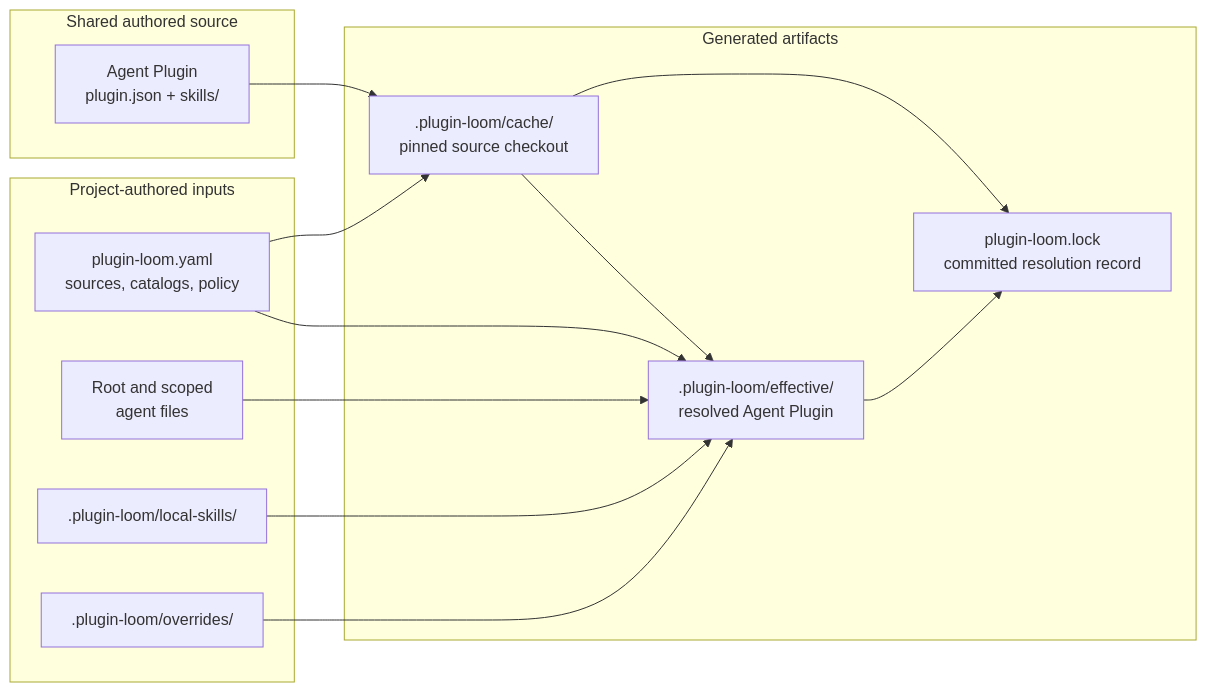
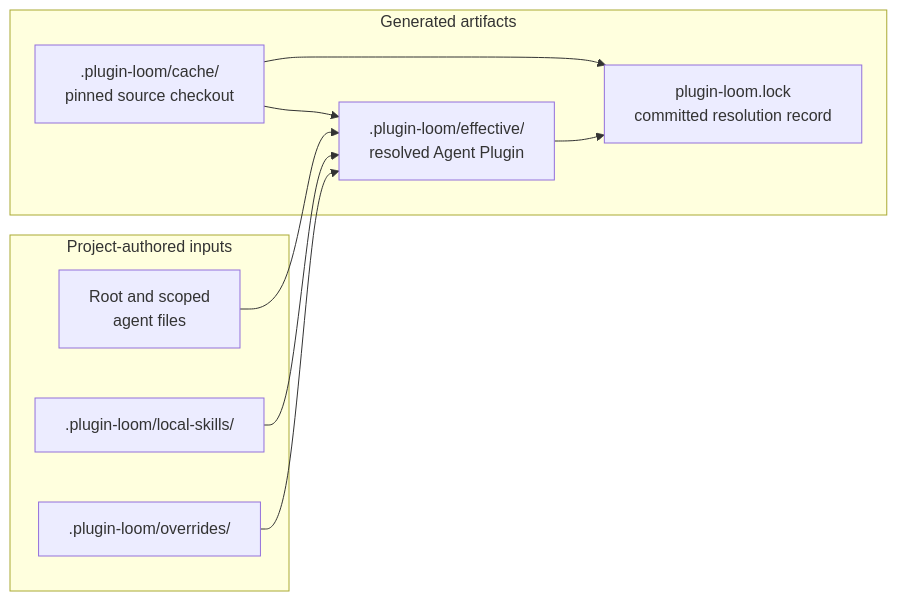
The diagram in README.md (Vermonster/plugin-loom), drawn with Mermaid before and after one commit. The commit also changed other lines of this file, not shown here.

Commit message:
Add skills.sh to description

````diff
--- a/README.md
+++ b/README.md
@@ -42,26 +42,19 @@
 ```mermaid
 flowchart LR
-    subgraph shared[Shared authored source]
-        source["Agent Plugin<br/>plugin.json + skills/"]
-    end
     subgraph project[Project-authored inputs]
-        config["plugin-loom.yaml<br/>sources, catalogs, policy"]
         agents["Root and scoped<br/>agent files"]
         local[".plugin-loom/local-skills/"]
         overrides[".plugin-loom/overrides/"]
     end
     subgraph generated[Generated artifacts]
         cache[".plugin-loom/cache/<br/>pinned source checkout"]
         effective[".plugin-loom/effective/<br/>resolved Agent Plugin"]
         lock["plugin-loom.lock<br/>committed resolution record"]
     end
-    source --> cache
-    config --> cache
     cache --> effective
-    config --> effective
     agents --> effective
     local --> effective
     overrides --> effective
     cache --> lock
     effective --> lock
 ```
````
